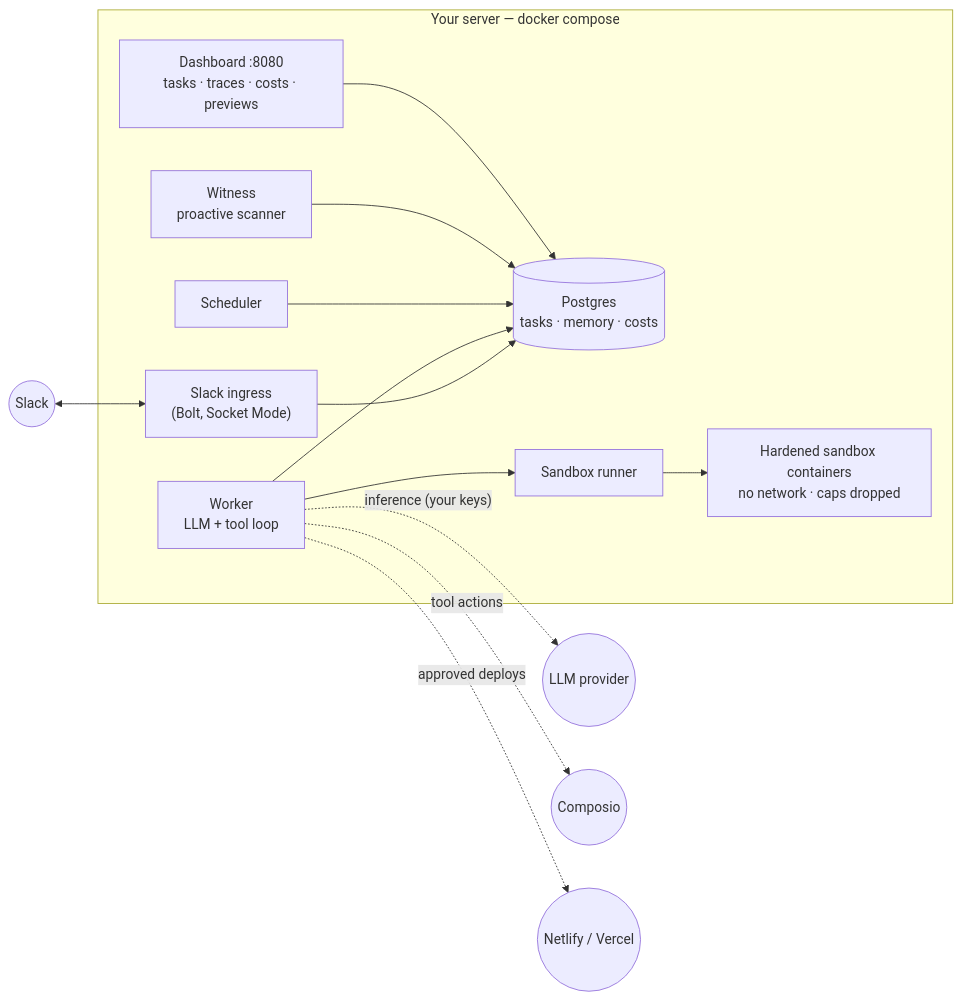
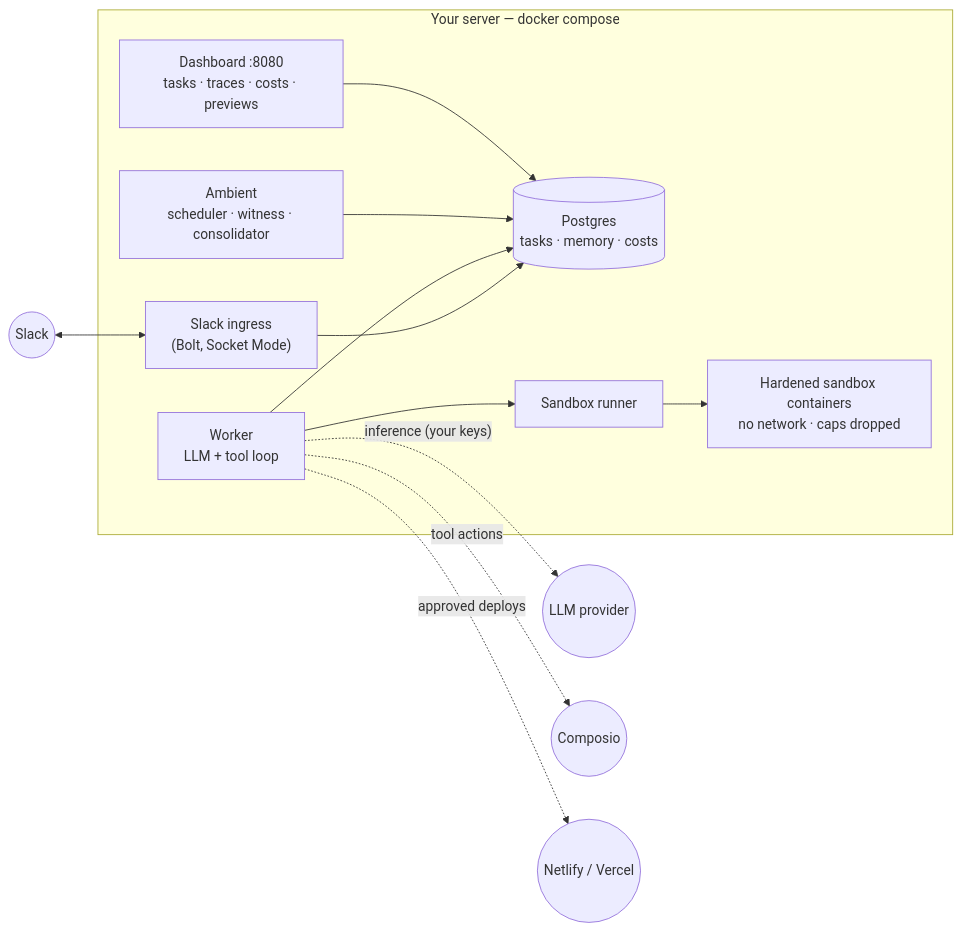
Before and after one commit to boffti/kortny: the diagram in README.md, drawn with Mermaid. The commit also changed other lines of this file and 6 other files, not shown here.

First line of the commit message:
feat(ambient): merge scheduler, witness, and consolidator into one ambient service (HIG-234)

````diff
--- a/README.md
+++ b/README.md
@@ -191,23 +197,21 @@
 ```mermaid
 flowchart LR
     subgraph YOUR["Your server — docker compose"]
         APP["Slack ingress<br/>(Bolt, Socket Mode)"]
         PG[("Postgres<br/>tasks · memory · costs")]
         WORKER["Worker<br/>LLM + tool loop"]
-        SCHED["Scheduler"]
-        WITNESS["Witness<br/>proactive scanner"]
+        AMBIENT["Ambient<br/>scheduler · witness · consolidator"]
         DASH["Dashboard :8080<br/>tasks · traces · costs · previews"]
         RUNNER["Sandbox runner"]
         SBX["Hardened sandbox containers<br/>no network · caps dropped"]
     end
     SLACK(("Slack")) <--> APP
     APP --> PG
     WORKER --> PG
-    SCHED --> PG
-    WITNESS --> PG
+    AMBIENT --> PG
     DASH --> PG
     WORKER --> RUNNER --> SBX
     WORKER -.->|"inference (your keys)"| LLM(("LLM provider"))
     WORKER -.->|"tool actions"| COMPOSIO(("Composio"))
     WORKER -.->|"approved deploys"| HOSTS(("Netlify / Vercel"))
 ```
````
